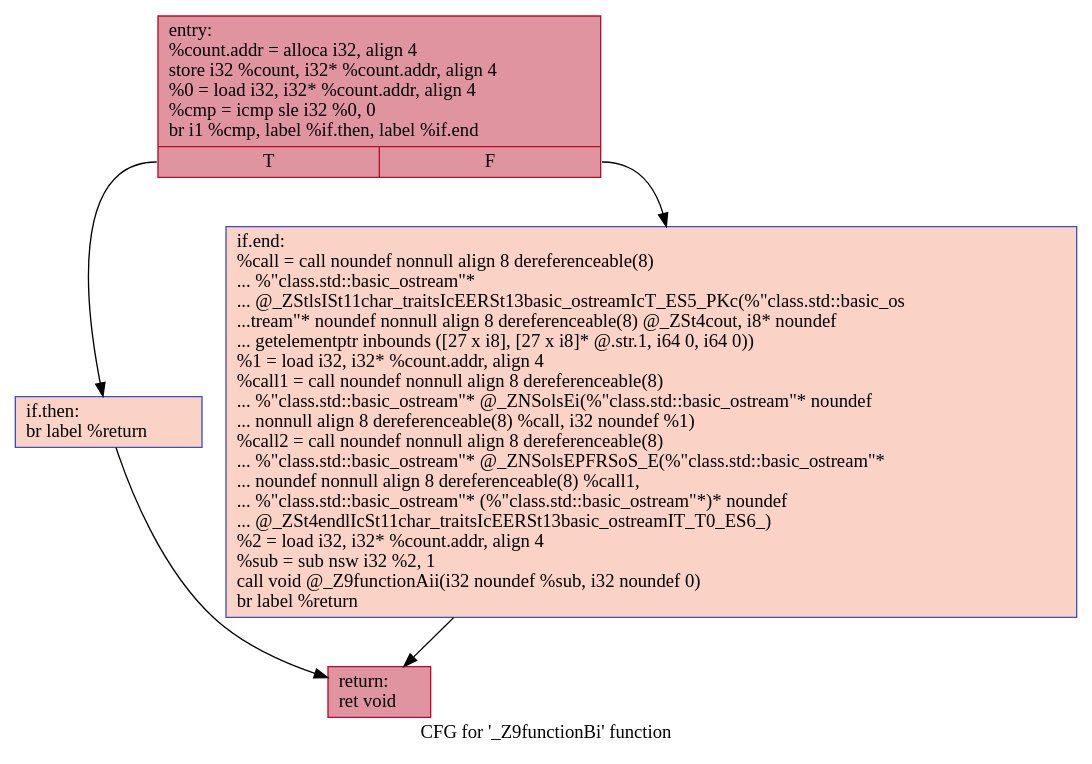
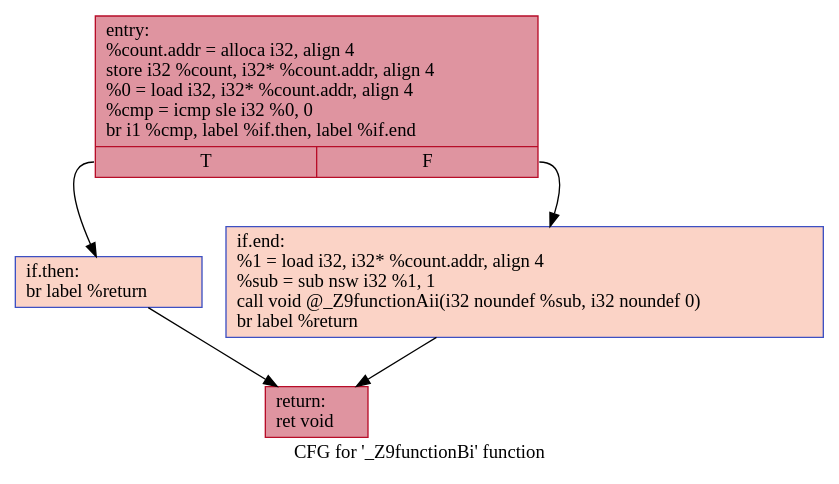
Before and after one commit to Crepuscule-v/fuzz-introspector: the diagram in dynamic_vis/example_1/work/._Z9functionBi.dot, drawn with Graphviz. The commit also changed 67 other files, not shown here.

Commit message:
Initial completion of force oriented diagram drawing and coordination with front and back ends

```diff
--- a/dynamic_vis/example_1/work/._Z9functionBi.dot
+++ b/dynamic_vis/example_1/work/._Z9functionBi.dot
@@ -1,12 +1,12 @@
 digraph "CFG for '_Z9functionBi' function" {
 	label="CFG for '_Z9functionBi' function";
 
-	Node0x5628531874c0 [shape=record,color="#b70d28ff", style=filled, fillcolor="#b70d2870",label="{entry:\l  %count.addr = alloca i32, align 4\l  store i32 %count, i32* %count.addr, align 4\l  %0 = load i32, i32* %count.addr, align 4\l  %cmp = icmp sle i32 %0, 0\l  br i1 %cmp, label %if.then, label %if.end\l|{<s0>T|<s1>F}}"];
-	Node0x5628531874c0:s0 -> Node0x562853187820;
-	Node0x5628531874c0:s1 -> Node0x562853187890;
-	Node0x562853187820 [shape=record,color="#3d50c3ff", style=filled, fillcolor="#f59c7d70",label="{if.then:                                          \l  br label %return\l}"];
-	Node0x562853187820 -> Node0x5628531879b0;
-	Node0x562853187890 [shape=record,color="#3d50c3ff", style=filled, fillcolor="#f59c7d70",label="{if.end:                                           \l  %call = call noundef nonnull align 8 dereferenceable(8)\l... %\"class.std::basic_ostream\"*\l... @_ZStlsISt11char_traitsIcEERSt13basic_ostreamIcT_ES5_PKc(%\"class.std::basic_os\l...tream\"* noundef nonnull align 8 dereferenceable(8) @_ZSt4cout, i8* noundef\l... getelementptr inbounds ([27 x i8], [27 x i8]* @.str.1, i64 0, i64 0))\l  %1 = load i32, i32* %count.addr, align 4\l  %call1 = call noundef nonnull align 8 dereferenceable(8)\l... %\"class.std::basic_ostream\"* @_ZNSolsEi(%\"class.std::basic_ostream\"* noundef\l... nonnull align 8 dereferenceable(8) %call, i32 noundef %1)\l  %call2 = call noundef nonnull align 8 dereferenceable(8)\l... %\"class.std::basic_ostream\"* @_ZNSolsEPFRSoS_E(%\"class.std::basic_ostream\"*\l... noundef nonnull align 8 dereferenceable(8) %call1,\l... %\"class.std::basic_ostream\"* (%\"class.std::basic_ostream\"*)* noundef\l... @_ZSt4endlIcSt11char_traitsIcEERSt13basic_ostreamIT_T0_ES6_)\l  %2 = load i32, i32* %count.addr, align 4\l  %sub = sub nsw i32 %2, 1\l  call void @_Z9functionAii(i32 noundef %sub, i32 noundef 0)\l  br label %return\l}"];
-	Node0x562853187890 -> Node0x5628531879b0;
-	Node0x5628531879b0 [shape=record,color="#b70d28ff", style=filled, fillcolor="#b70d2870",label="{return:                                           \l  ret void\l}"];
+	Node0x5598eee126c0 [shape=record,color="#b70d28ff", style=filled, fillcolor="#b70d2870",label="{entry:\l  %count.addr = alloca i32, align 4\l  store i32 %count, i32* %count.addr, align 4\l  %0 = load i32, i32* %count.addr, align 4\l  %cmp = icmp sle i32 %0, 0\l  br i1 %cmp, label %if.then, label %if.end\l|{<s0>T|<s1>F}}"];
+	Node0x5598eee126c0:s0 -> Node0x5598eee128a0;
+	Node0x5598eee126c0:s1 -> Node0x5598eee12910;
+	Node0x5598eee128a0 [shape=record,color="#3d50c3ff", style=filled, fillcolor="#f59c7d70",label="{if.then:                                          \l  br label %return\l}"];
+	Node0x5598eee128a0 -> Node0x5598eee12a30;
+	Node0x5598eee12910 [shape=record,color="#3d50c3ff", style=filled, fillcolor="#f59c7d70",label="{if.end:                                           \l  %1 = load i32, i32* %count.addr, align 4\l  %sub = sub nsw i32 %1, 1\l  call void @_Z9functionAii(i32 noundef %sub, i32 noundef 0)\l  br label %return\l}"];
+	Node0x5598eee12910 -> Node0x5598eee12a30;
+	Node0x5598eee12a30 [shape=record,color="#b70d28ff", style=filled, fillcolor="#b70d2870",label="{return:                                           \l  ret void\l}"];
 }
```
